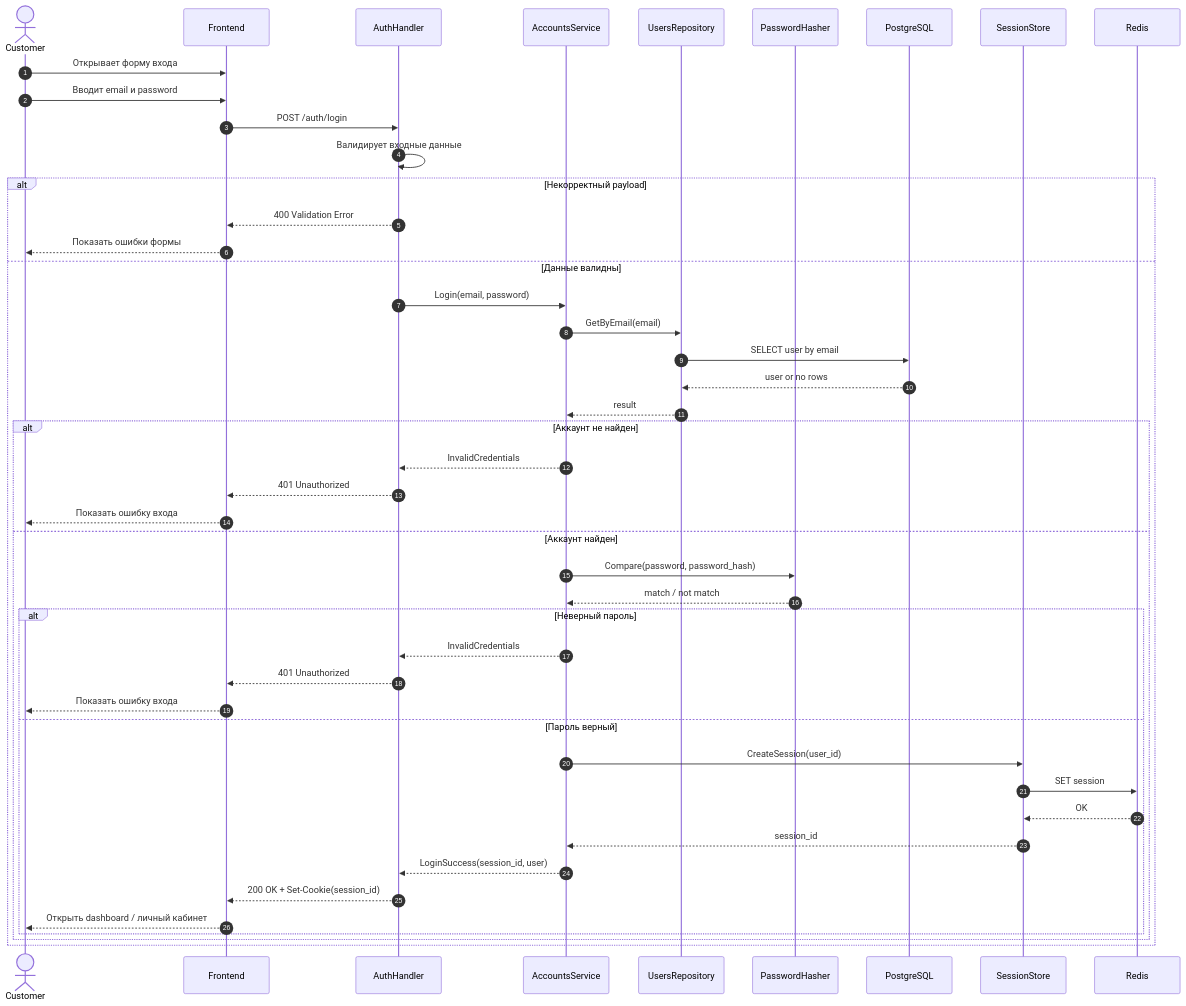
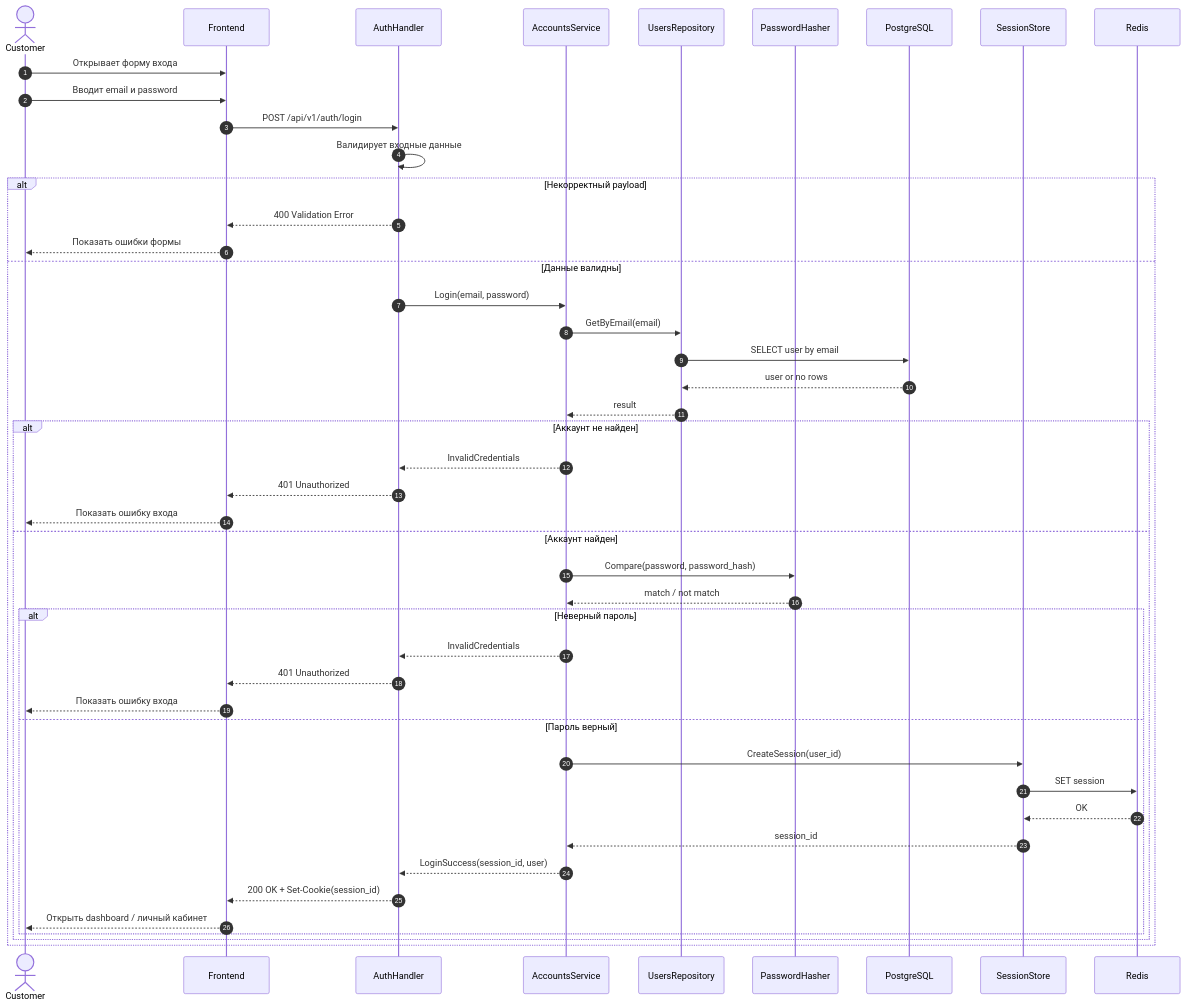
One commit to k3llone/TrackLink changed the diagram in docs/Sequence/SD-02.md. Above: the diagram before and after it, drawn with Mermaid. The commit also changed 33 other files, not shown here.

````diff
--- a/docs/Sequence/SD-02.md
+++ b/docs/Sequence/SD-02.md
@@ -3,56 +3,56 @@
 ```mermaid
 sequenceDiagram
     autonumber
 
     actor Customer
     participant FE as Frontend
     participant AH as AuthHandler
     participant AS as AccountsService
     participant UR as UsersRepository
     participant PH as PasswordHasher
     participant DB as PostgreSQL
     participant SS as SessionStore
     participant RD as Redis
 
     Customer->>FE: Открывает форму входа
     Customer->>FE: Вводит email и password
-    FE->>AH: POST /auth/login
+    FE->>AH: POST /api/v1/auth/login
 
     AH->>AH: Валидирует входные данные
 
     alt Некорректный payload
         AH-->>FE: 400 Validation Error
         FE-->>Customer: Показать ошибки формы
     else Данные валидны
         AH->>AS: Login(email, password)
 
         AS->>UR: GetByEmail(email)
         UR->>DB: SELECT user by email
         DB-->>UR: user or no rows
         UR-->>AS: result
 
         alt Аккаунт не найден
             AS-->>AH: InvalidCredentials
             AH-->>FE: 401 Unauthorized
             FE-->>Customer: Показать ошибку входа
         else Аккаунт найден
             AS->>PH: Compare(password, password_hash)
             PH-->>AS: match / not match
 
             alt Неверный пароль
                 AS-->>AH: InvalidCredentials
                 AH-->>FE: 401 Unauthorized
                 FE-->>Customer: Показать ошибку входа
             else Пароль верный
                 AS->>SS: CreateSession(user_id)
                 SS->>RD: SET session
                 RD-->>SS: OK
                 SS-->>AS: session_id
 
                 AS-->>AH: LoginSuccess(session_id, user)
                 AH-->>FE: 200 OK + Set-Cookie(session_id)
                 FE-->>Customer: Открыть dashboard / личный кабинет
             end
         end
     end
 ```
````
